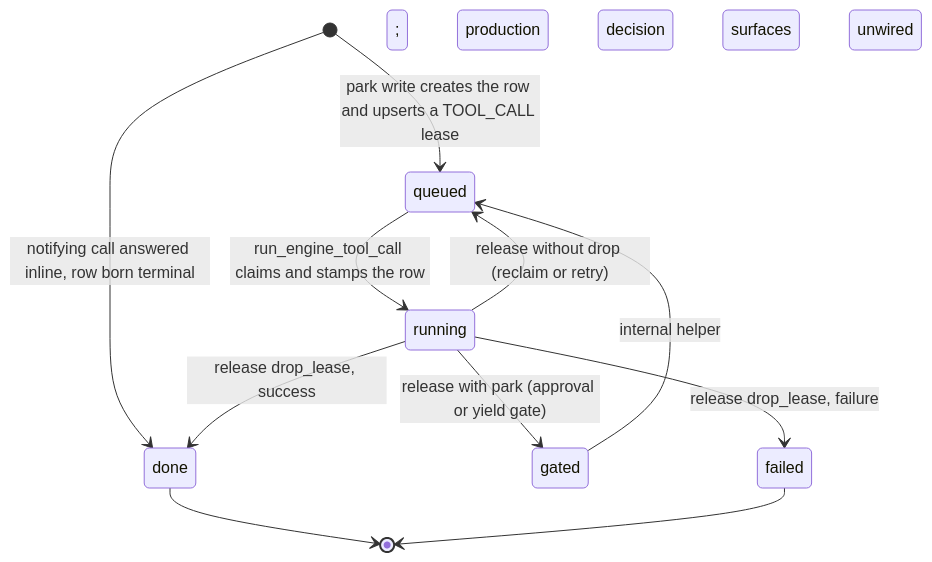
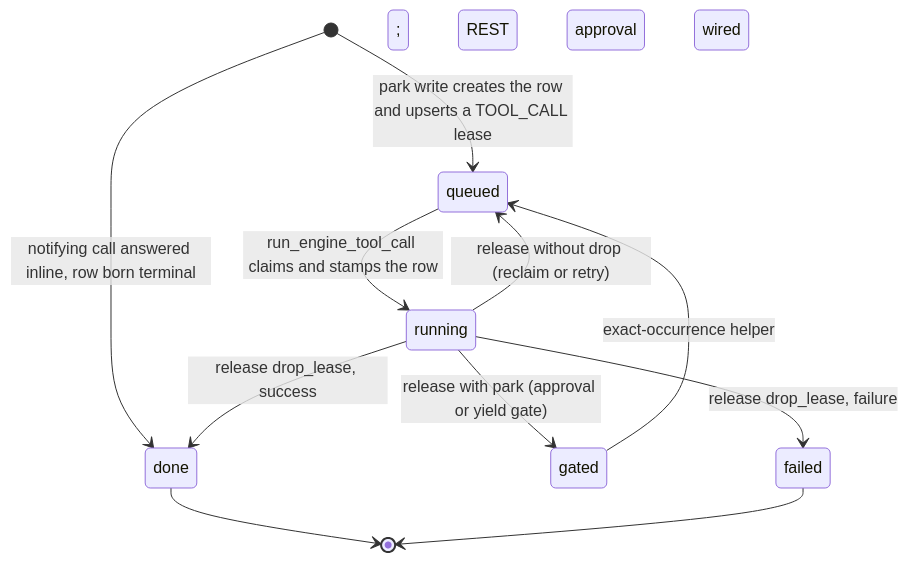
Before and after one commit to primerhq/primer: the second of 3 diagrams in docs/dev/architecture/claim-machine.md, drawn with Mermaid. The commit also changed other lines of this file and 6 other files, not shown here.

````diff
--- a/docs/dev/architecture/claim-machine.md
+++ b/docs/dev/architecture/claim-machine.md
@@ -33,13 +33,13 @@
 ```mermaid
 stateDiagram-v2
     [*] --> queued: park write creates the row and upserts a TOOL_CALL lease
     [*] --> done: notifying call answered inline, row born terminal
     queued --> running: run_engine_tool_call claims and stamps the row
     running --> gated: release with park (approval or yield gate)
-    gated --> queued: internal helper; production decision surfaces unwired
+    gated --> queued: exact-occurrence helper; REST approval wired
     running --> done: release drop_lease, success
     running --> failed: release drop_lease, failure
     running --> queued: release without drop (reclaim or retry)
     done --> [*]
     failed --> [*]
 ```
````
